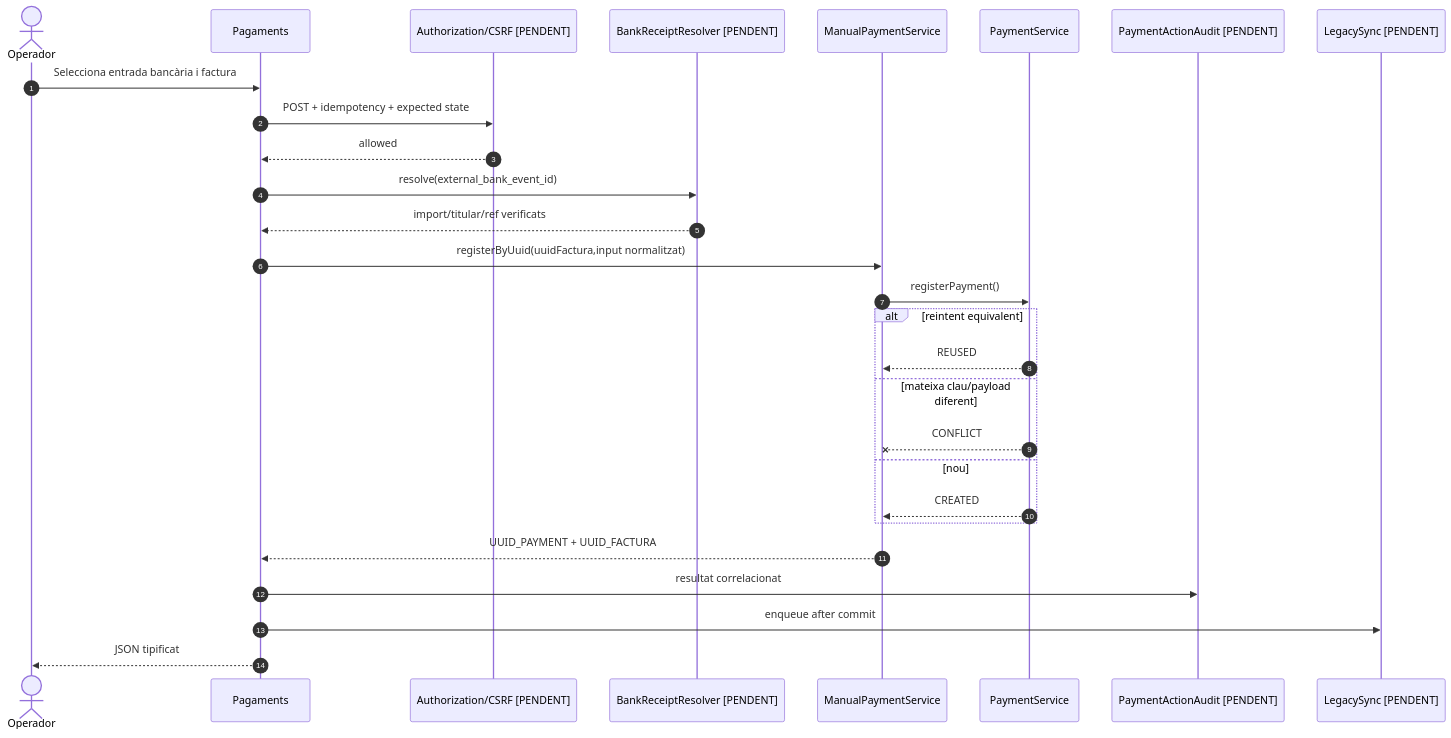
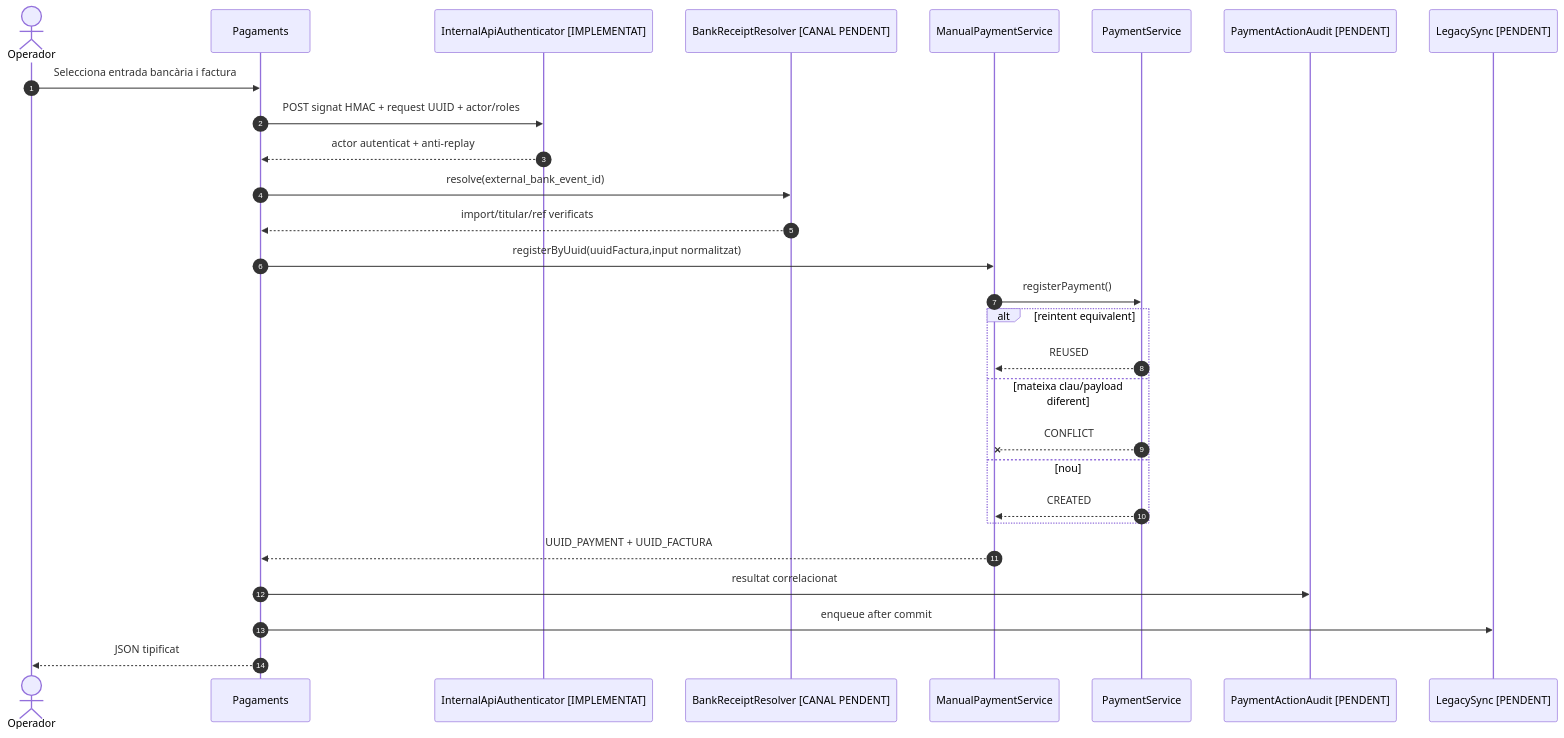
Before and after one commit to orgmeriemprismacat-del/verifactu: the third of 4 diagrams in documentacio/07-uml-integrat/uc-022-sequencies-actual-final.md, drawn with Mermaid. The commit also changed other lines of this file, not shown here.

Commit message:
docs(uc-022): reconcile UML with secure endpoint implementation

````diff
--- a/documentacio/07-uml-integrat/uc-022-sequencies-actual-final.md
+++ b/documentacio/07-uml-integrat/uc-022-sequencies-actual-final.md
@@ -79,30 +79,30 @@
 ```mermaid
 sequenceDiagram
 autonumber
 actor O as Operador
 participant UI as Pagaments
-participant Auth as Authorization/CSRF [PENDENT]
-participant Bank as BankReceiptResolver [PENDENT]
+participant Auth as InternalApiAuthenticator [IMPLEMENTAT]
+participant Bank as BankReceiptResolver [CANAL PENDENT]
 participant M as ManualPaymentService
 participant PS as PaymentService
 participant Audit as PaymentActionAudit [PENDENT]
 participant Sync as LegacySync [PENDENT]
 O->>UI: Selecciona entrada bancària i factura
-UI->>Auth: POST + idempotency + expected state
-Auth-->>UI: allowed
+UI->>Auth: POST signat HMAC + request UUID + actor/roles
+Auth-->>UI: actor autenticat + anti-replay
 UI->>Bank: resolve(external_bank_event_id)
 Bank-->>UI: import/titular/ref verificats
 UI->>M: registerByUuid(uuidFactura,input normalitzat)
 M->>PS: registerPayment()
 alt reintent equivalent
  PS-->>M: REUSED
 else mateixa clau/payload diferent
  PS--xM: CONFLICT
 else nou
  PS-->>M: CREATED
 end
 M-->>UI: UUID_PAYMENT + UUID_FACTURA
 UI->>Audit: resultat correlacionat
 UI->>Sync: enqueue after commit
 UI-->>O: JSON tipificat
 ```
````
